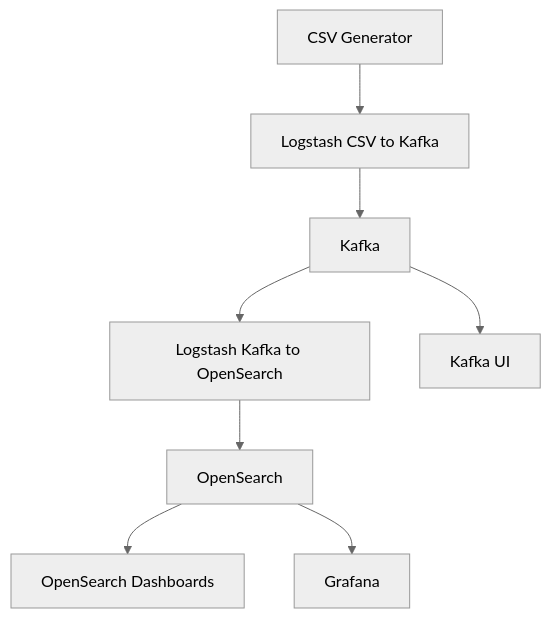
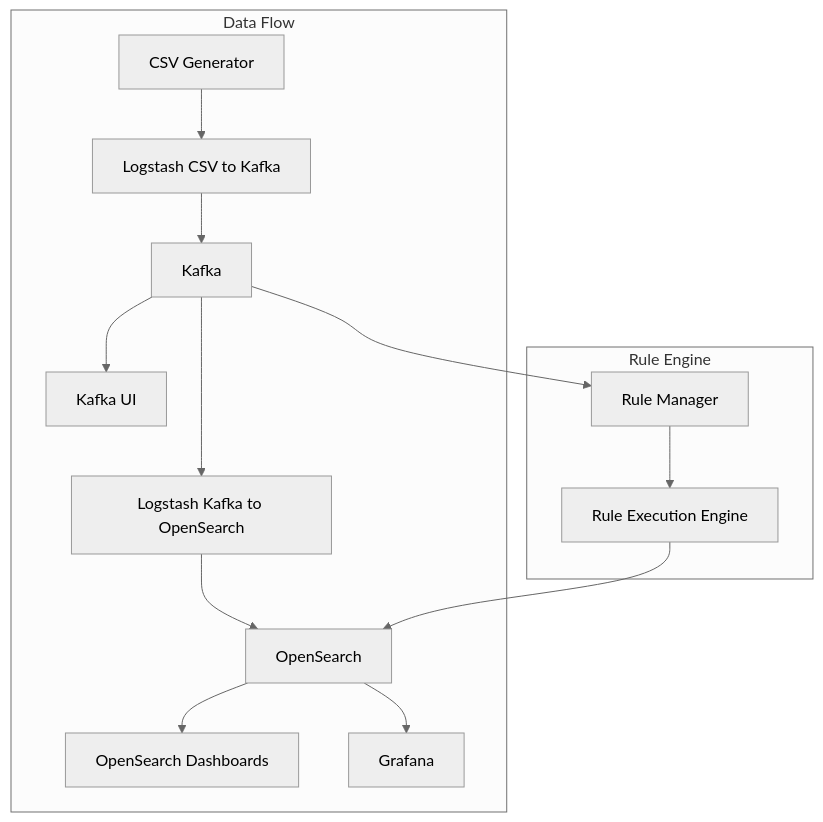
Before and after one commit to valyc0/fraudM: the diagram in README.md, drawn with Mermaid (neutral theme). The commit also changed other lines of this file, not shown here.

````diff
--- a/README.md
+++ b/README.md
@@ -3,10 +3,18 @@
 ```mermaid
 graph TD
-    A[CSV Generator] --> B[Logstash CSV to Kafka]
-    B --> C[Kafka]
-    C --> D[Logstash Kafka to OpenSearch]
-    D --> E[OpenSearch]
-    E --> F[OpenSearch Dashboards]
-    C --> G[Kafka UI]
-    E --> H[Grafana]
+    subgraph Data Flow
+        A[CSV Generator] --> B[Logstash CSV to Kafka]
+        B --> C[Kafka]
+        C --> D[Logstash Kafka to OpenSearch]
+        D --> E[OpenSearch]
+        E --> F[OpenSearch Dashboards]
+        C --> G[Kafka UI]
+        E --> H[Grafana]
+    end
+
+    subgraph Rule Engine
+        C --> I[Rule Manager]
+        I --> J[Rule Execution Engine]
+        J --> E
+    end
 ```
````
